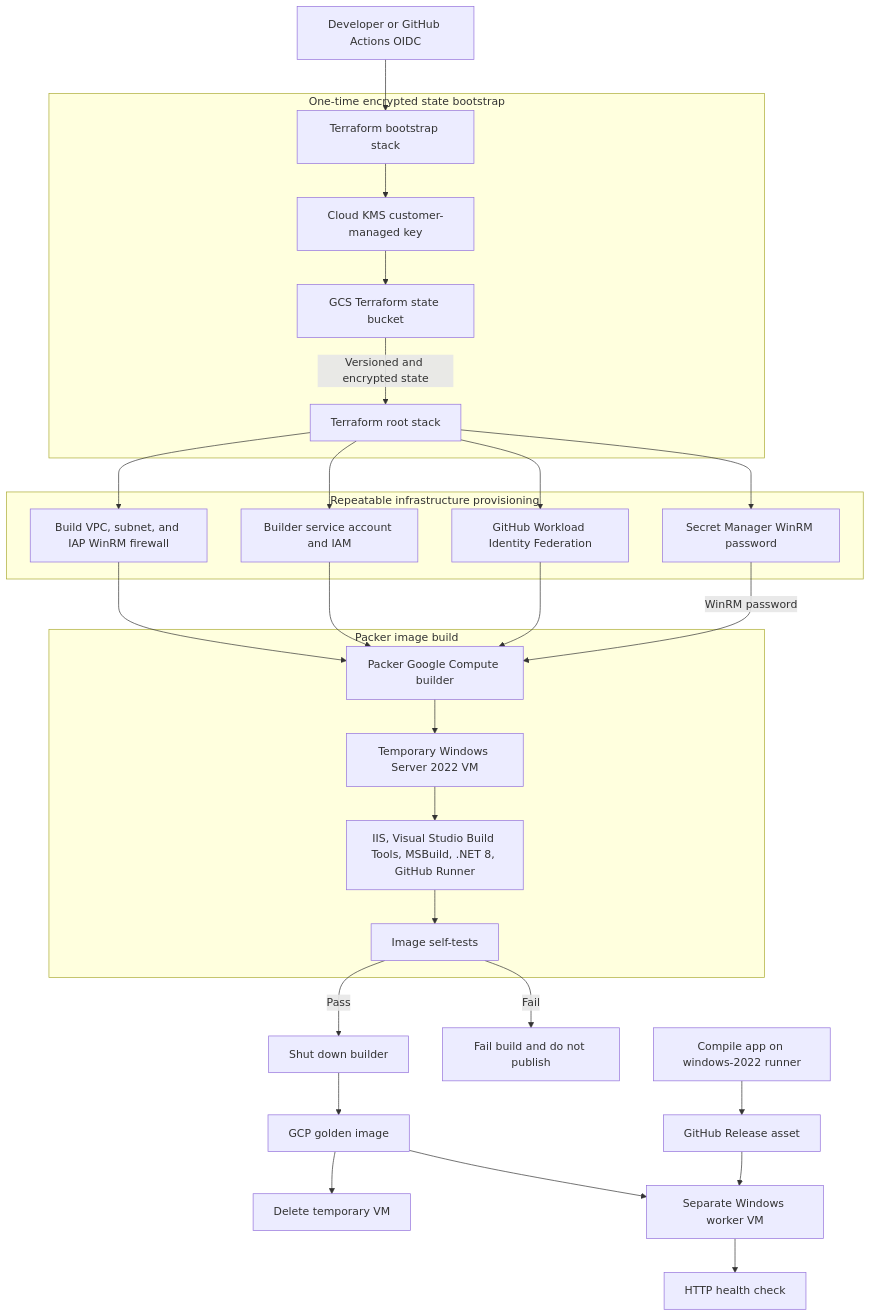
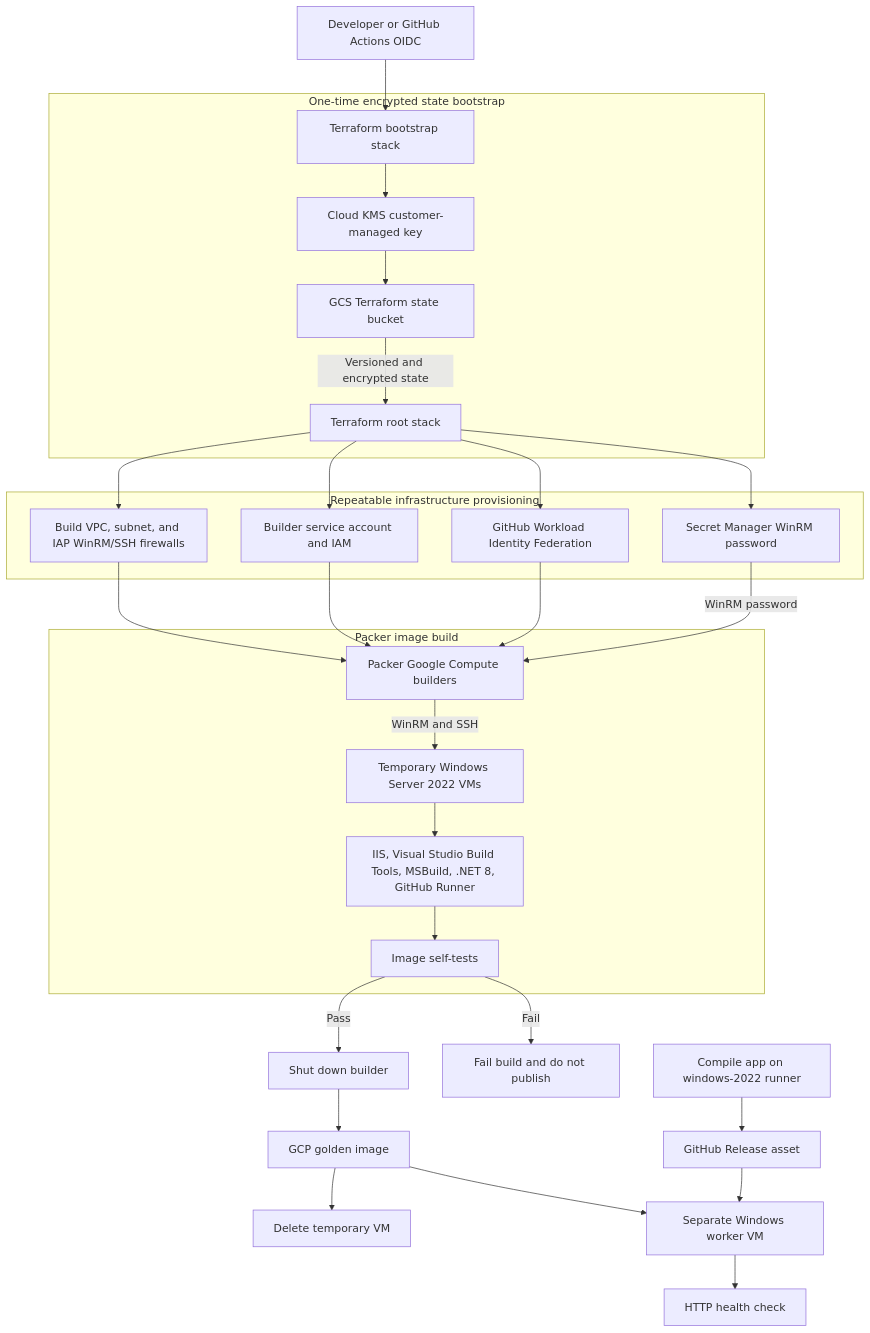
Before and after one commit to Deck-J/Packer_Windows_Demo: the diagram in README.md, drawn with Mermaid. The commit also changed other lines of this file and 8 other files, not shown here.

````diff
--- a/README.md
+++ b/README.md
@@ -7,49 +7,49 @@
 ```mermaid
 flowchart TD
   AUTH[Developer or GitHub Actions OIDC] --> BOOT
 
   subgraph BOOTSTRAP[One-time encrypted state bootstrap]
     BOOT[Terraform bootstrap stack]
     KMS[Cloud KMS customer-managed key]
     STATE[GCS Terraform state bucket]
     BOOT --> KMS
     KMS --> STATE
     STATE -->|Versioned and encrypted state| ROOT
   end
 
   subgraph INFRA[Repeatable infrastructure provisioning]
     ROOT[Terraform root stack]
-    VPC[Build VPC, subnet, and IAP WinRM firewall]
+    VPC[Build VPC, subnet, and IAP WinRM/SSH firewalls]
     IAM[Builder service account and IAM]
     WIF[GitHub Workload Identity Federation]
     SECRET[Secret Manager WinRM password]
     ROOT --> VPC
     ROOT --> IAM
     ROOT --> WIF
     ROOT --> SECRET
   end
 
   subgraph BUILD[Packer image build]
-    PACKER[Packer Google Compute builder]
-    VM[Temporary Windows Server 2022 VM]
+    PACKER[Packer Google Compute builders]
+    VM[Temporary Windows Server 2022 VMs]
     TOOLS[IIS, Visual Studio Build Tools, MSBuild, .NET 8, GitHub Runner]
     TEST[Image self-tests]
-    PACKER --> VM
+    PACKER -->|WinRM and SSH| VM
     VM --> TOOLS
     TOOLS --> TEST
   end
 
   IAM --> PACKER
   VPC --> PACKER
   SECRET -->|WinRM password| PACKER
   WIF --> PACKER
   TEST -->|Pass| SHUTDOWN[Shut down builder]
   TEST -->|Fail| STOP[Fail build and do not publish]
   SHUTDOWN --> IMAGE[GCP golden image]
   IMAGE --> CLEANUP[Delete temporary VM]
 
   APP[Compile app on windows-2022 runner] --> RELEASE[GitHub Release asset]
   RELEASE --> WORKER[Separate Windows worker VM]
   IMAGE --> WORKER
   WORKER --> HEALTH[HTTP health check]
 ```
````
